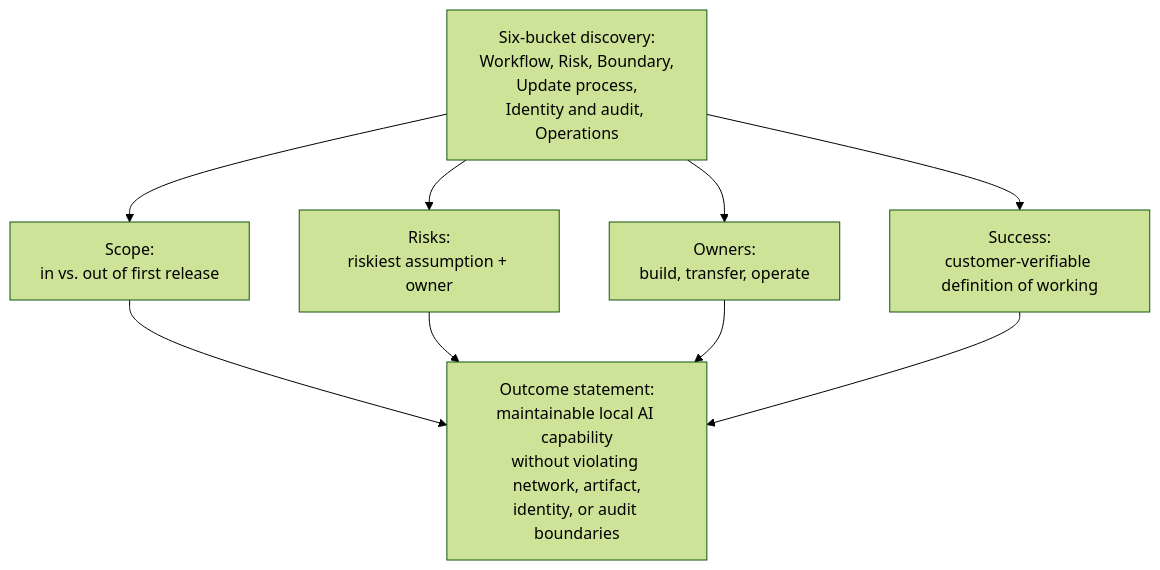
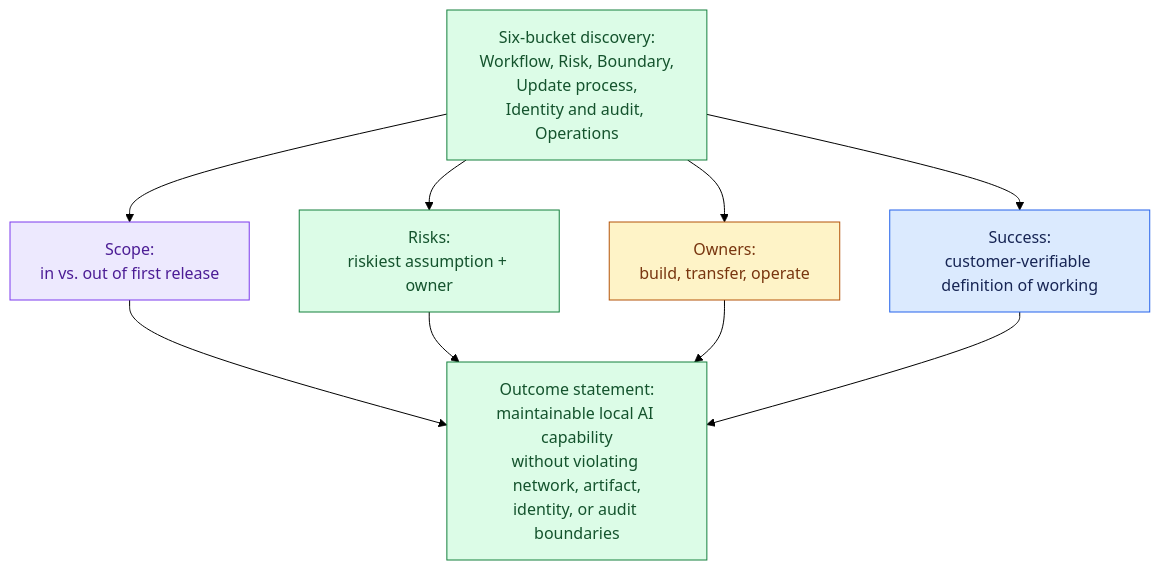
The first of 2 diagrams in 02_System_Design_Case_Studies/Standalone_Designs/19_Air_Gapped_AI_System/3_Tutorial/19_Tutorial.md (Sourav692/Forward-Deployed-Engineer-Interview-Prep), drawn with Mermaid (forest theme) before and after one commit. The commit also changed other lines of this file and 1268 other files, not shown here.

First line of the commit message:
content: polish Casebook writing and Mermaid diagrams (#251)

````diff
--- a/02_System_Design_Case_Studies/Standalone_Designs/19_Air_Gapped_AI_System/3_Tutorial/19_Tutorial.md
+++ b/02_System_Design_Case_Studies/Standalone_Designs/19_Air_Gapped_AI_System/3_Tutorial/19_Tutorial.md
@@ -124,11 +124,21 @@
 ```mermaid
 flowchart TD
     A["Six-bucket discovery:<br/>Workflow, Risk, Boundary,<br/>Update process,<br/>Identity and audit, Operations"] --> B["Scope:<br/>in vs. out of first release"]
     A --> C["Risks:<br/>riskiest assumption + owner"]
     A --> D["Owners:<br/>build, transfer, operate"]
     A --> E["Success:<br/>customer-verifiable definition of working"]
     B --> F["Outcome statement:<br/>maintainable local AI capability<br/>without violating network, artifact,<br/>identity, or audit boundaries"]
     C --> F
     D --> F
     E --> F
+
+    %% Casebook colours: entry, reasoning, results, controls, and stopped paths.
+    classDef cbAction fill:#dcfce7,stroke:#15803d,color:#14532d
+    class A,C,F cbAction
+    classDef cbReason fill:#ede9fe,stroke:#7c3aed,color:#4c1d95
+    class B cbReason
+    classDef cbPolicy fill:#fef3c7,stroke:#b45309,color:#78350f
+    class D cbPolicy
+    classDef cbInput fill:#dbeafe,stroke:#2563eb,color:#172554
+    class E cbInput
 ```
````
